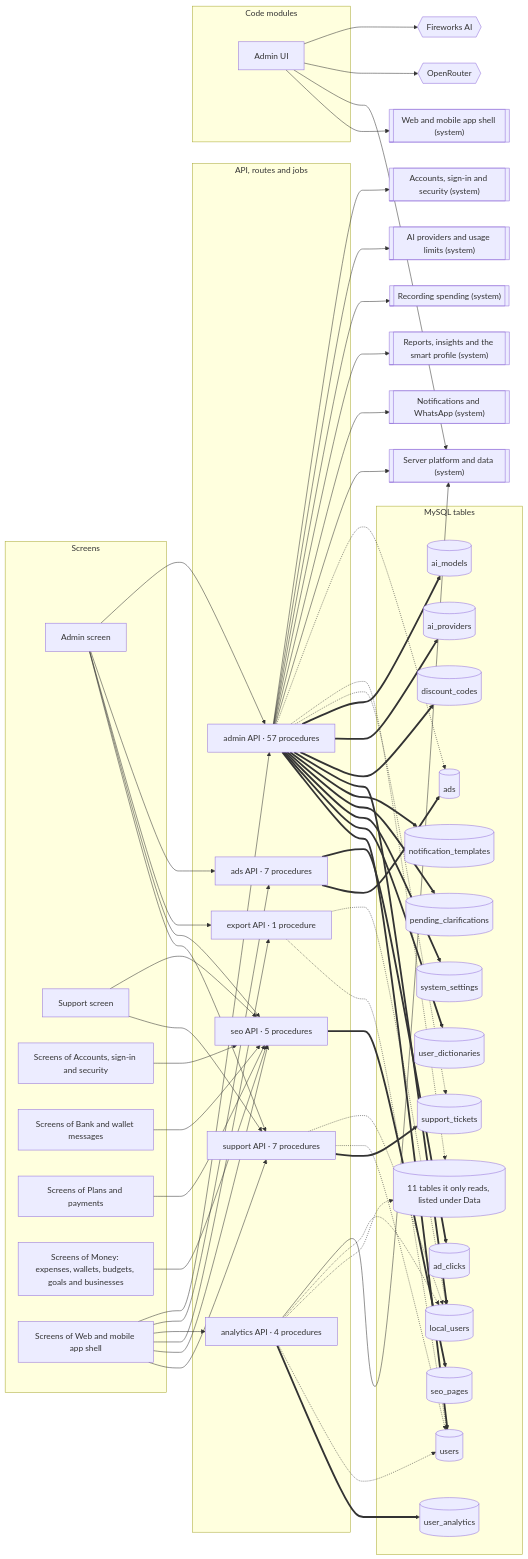
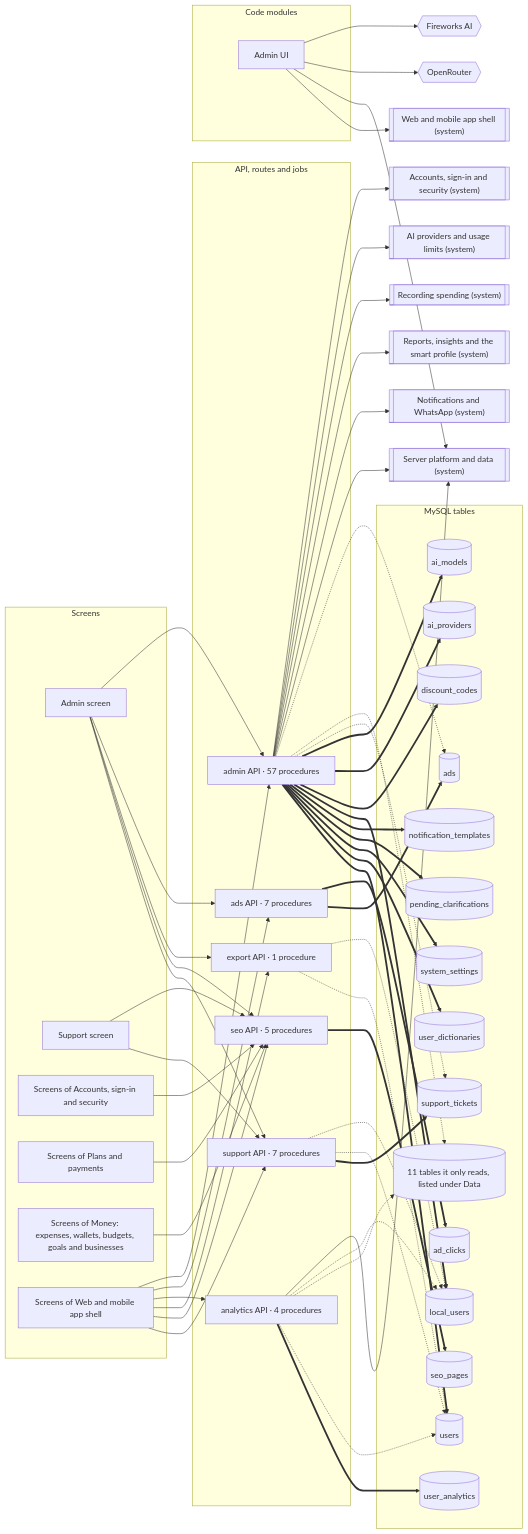
Before and after one commit to mahmoudtaherr111/smartspend_mini_all: the diagram in docs/atlas/systems/admin.md, drawn with Mermaid. The commit also changed other lines of this file and 62 other files, not shown here.

First line of the commit message:
refactor(web): remove the old bank-sync screens

```diff
--- a/docs/atlas/systems/admin.md
+++ b/docs/atlas/systems/admin.md
@@ -16,7 +16,6 @@
     page_Admin["Admin screen"]
     page_Support["Support screen"]
     screens_accounts["Screens of Accounts, sign-in and security"]
-    screens_bank_messages["Screens of Bank and wallet messages"]
     screens_billing["Screens of Plans and payments"]
     screens_money["Screens of Money: expenses, wallets, budgets, goals and businesses"]
     screens_web_app["Screens of Web and mobile app shell"]
@@ -101,7 +100,6 @@
   router_support -.-> tbl_users
   router_support ==> tbl_support_tickets
   screens_accounts --> router_seo
-  screens_bank_messages --> router_seo
   screens_billing --> router_seo
   screens_money --> router_seo
   screens_web_app --> router_admin
```
